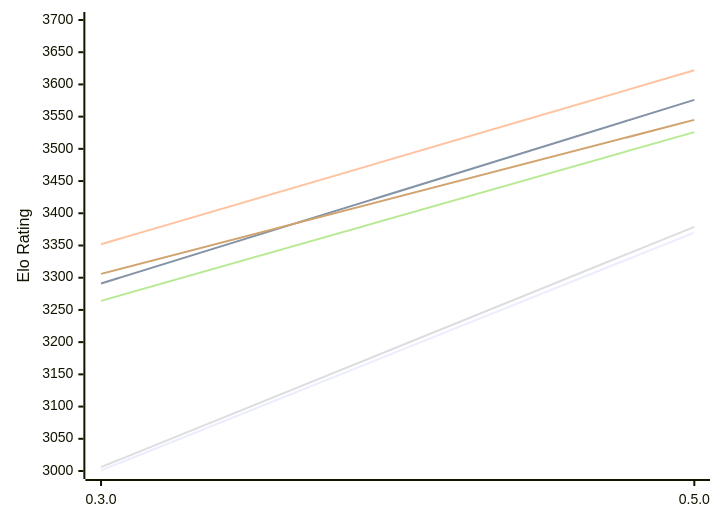
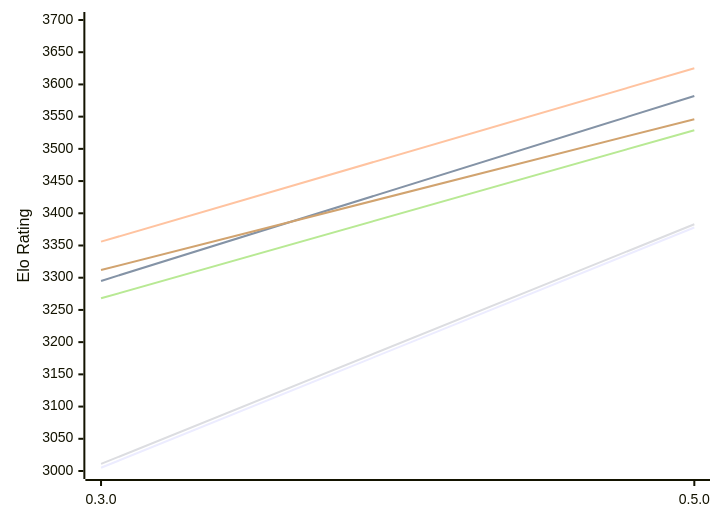
The first of 2 diagrams in engines/Justbot.md (computer-chess-index/cci), drawn with Mermaid before and after one commit. The commit also changed other lines of this file, not shown here.

Commit message:
Update CCI Ratings (ELO VLTC) - 2026-11-20

````diff
--- a/engines/Justbot.md
+++ b/engines/Justbot.md
@@ -53,12 +53,12 @@
 ```mermaid
 %%{init: {"theme":"base","themeVariables":{"seriesColors:['#a3a3a3','#222221','#faa371']}}}%%
 xychart-beta
   x-axis ["0.3.0", "0.5.0"]
   y-axis "Elo Rating" 3000 --> 3700
-  line "E1: STC (8.0+0.08s)" [3001, 3370]
-  line "E1: LTC (60.0+0.60s)" [3291, 3576]
-  line "E1: VLTC (2m24s+1.12s)" [3352, 3622]
-  line "P1: STC (8.0+0.08s)" [3006, 3379]
-  line "P1: LTC (60.0+0.60s)" [3264, 3526]
-  line "P1: VLTC (2m24s+1.12s)" [3306, 3545]
+  line "E1: STC (8.0+0.08s)" [3005, 3378]
+  line "E1: LTC (60.0+0.60s)" [3295, 3582]
+  line "E1: VLTC (2m24s+1.12s)" [3356, 3625]
+  line "P1: STC (8.0+0.08s)" [3011, 3383]
+  line "P1: LTC (60.0+0.60s)" [3268, 3529]
+  line "P1: VLTC (2m24s+1.12s)" [3312, 3546]
 ```
````
